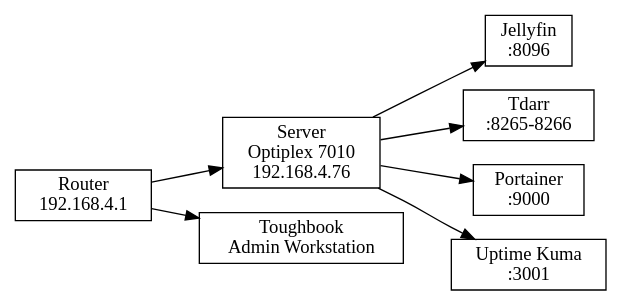
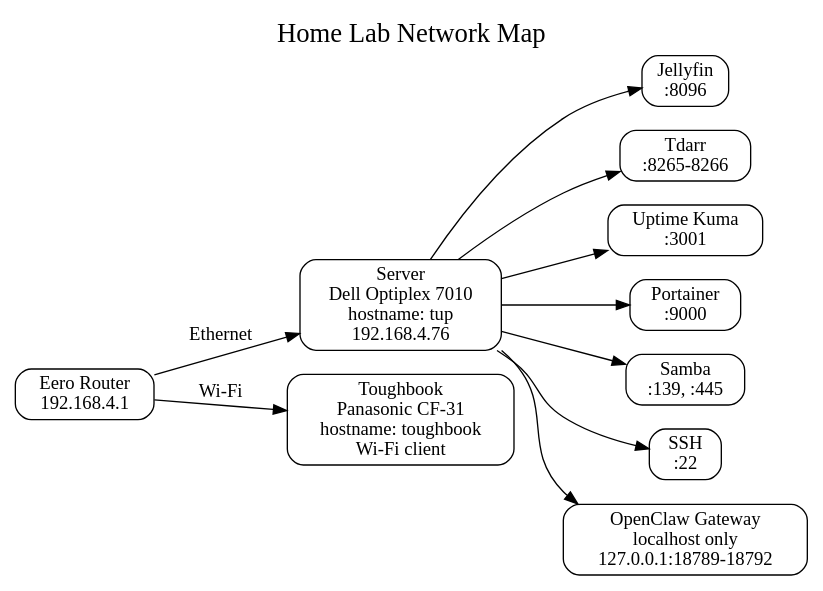
The diagram in outputs/network-map.dot (tup8806/system-map), drawn with Graphviz before and after one commit. The commit also changed 2 other files, not shown here.

Commit message:
Make network diagram reflect documented lab topology

```diff
--- a/outputs/network-map.dot
+++ b/outputs/network-map.dot
@@ -1,25 +1,28 @@
 digraph homelab {
+    rankdir=LR;
+    graph [label="Home Lab Network Map", labelloc=top, fontsize=20];
+    node [shape=box, style=rounded];
 
-rankdir=LR
-node [shape=box]
+    router [label="Eero Router\n192.168.4.1"];
+    server [label="Server\nDell Optiplex 7010\nhostname: tup\n192.168.4.76"];
+    toughbook [label="Toughbook\nPanasonic CF-31\nhostname: toughbook\nWi-Fi client"];
+    
+    jellyfin [label="Jellyfin\n:8096"];
+    tdarr [label="Tdarr\n:8265-8266"];
+    uptimekuma [label="Uptime Kuma\n:3001"];
+    portainer [label="Portainer\n:9000"];
+    samba [label="Samba\n:139, :445"];
+    ssh [label="SSH\n:22"];
+    openclaw [label="OpenClaw Gateway\nlocalhost only\n127.0.0.1:18789-18792"];
 
-router [label="Router\n192.168.4.1"]
+    router -> server [label="Ethernet"];
+    router -> toughbook [label="Wi-Fi"];
 
-server [label="Server\nOptiplex 7010\n192.168.4.76"]
-
-toughbook [label="Toughbook\nAdmin Workstation"]
-
-jellyfin [label="Jellyfin\n:8096"]
-tdarr [label="Tdarr\n:8265-8266"]
-portainer [label="Portainer\n:9000"]
-uptime [label="Uptime Kuma\n:3001"]
-
-router -> server
-router -> toughbook
-
-server -> jellyfin
-server -> tdarr
-server -> portainer
-server -> uptime
-
+    server -> jellyfin;
+    server -> tdarr;
+    server -> uptimekuma;
+    server -> portainer;
+    server -> samba;
+    server -> ssh;
+    server -> openclaw;
 }
```
